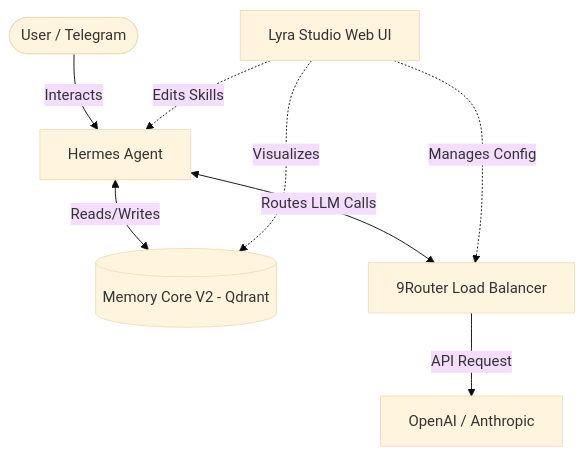
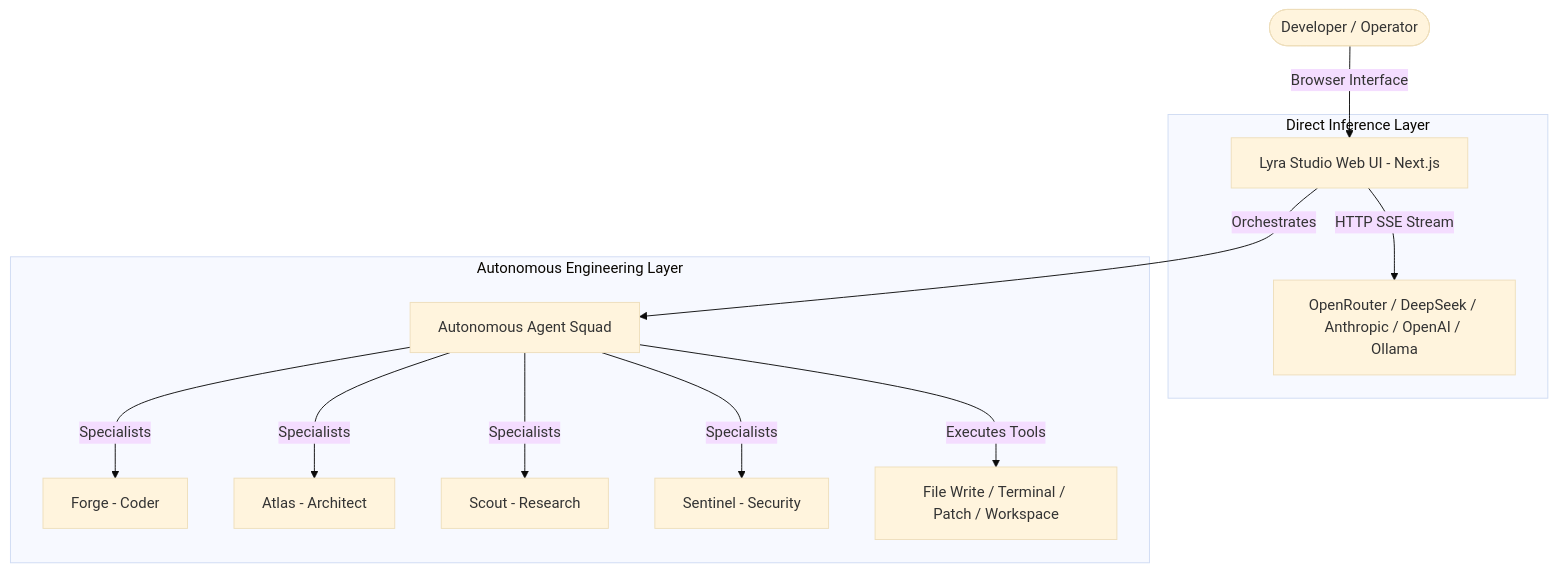
Before and after one commit to Kal215/Lyra-webui-hermes: the diagram in README.md, drawn with Mermaid (base theme). The commit also changed other lines of this file and 1 other file, not shown here.

Commit message:
docs: add professional bilingual documentation (English & Indonesian README) with architecture diagrams and quickstart guides

````diff
--- a/README.md
+++ b/README.md
@@ -17,11 +40,17 @@
 ```mermaid
 graph TD
-    User([User / Telegram]) -->|Interacts| Agent[Hermes Agent]
-    Agent <-->|Reads/Writes| Memory[(Memory Core V2 - Qdrant)]
-    Agent <-->|Routes LLM Calls| Router[9Router Load Balancer]
-    Router -->|API Request| OpenAI[OpenAI / Anthropic]
+    User([Developer / Operator]) -->|Browser Interface| WebUI[Lyra Studio Web UI - Next.js]
     
-    UI[Lyra Studio Web UI] -.->|Manages Config| Router
-    UI -.->|Visualizes| Memory
-    UI -.->|Edits Skills| Agent
+    subgraph "Direct Inference Layer"
+        WebUI -->|HTTP SSE Stream| Providers[OpenRouter / DeepSeek / Anthropic / OpenAI / Ollama]
+    end
+
+    subgraph "Autonomous Engineering Layer"
+        WebUI -->|Orchestrates| Swarm[Autonomous Agent Squad]
+        Swarm -->|Specialists| Forge[Forge - Coder]
+        Swarm -->|Specialists| Atlas[Atlas - Architect]
+        Swarm -->|Specialists| Scout[Scout - Research]
+        Swarm -->|Specialists| Sentinel[Sentinel - Security]
+        Swarm -->|Executes Tools| Tools[File Write / Terminal / Patch / Workspace]
+    end
 ```
````
